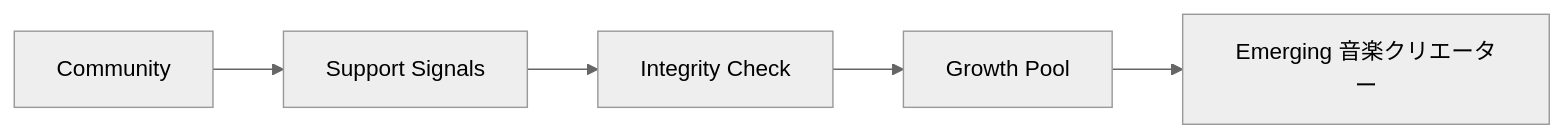
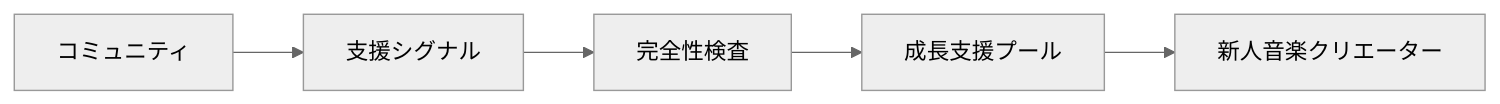
Diagram 17 of 35 in docs/whitepaper/08-discovery-community.md (ShigeichiroYamasaki/creator-first-platform), drawn with Mermaid (neutral theme) before and after one commit. The commit also changed other lines of this file and 72 other files, not shown here.

````diff
--- a/docs/whitepaper/08-discovery-community.md
+++ b/docs/whitepaper/08-discovery-community.md
@@ -586,10 +586,10 @@
 ```mermaid
 flowchart LR
-    COMMUNITY[Community]
-    SUPPORT[Support Signals]
-    VERIFY[Integrity Check]
-    GROWTH[Growth Pool]
-    CREATOR[Emerging 音楽クリエーター]
+    COMMUNITY[コミュニティ]
+    SUPPORT[支援シグナル]
+    VERIFY[完全性検査]
+    GROWTH[成長支援プール]
+    CREATOR[新人音楽クリエーター]
 
     COMMUNITY --> SUPPORT --> VERIFY --> GROWTH --> CREATOR
 ```
````
